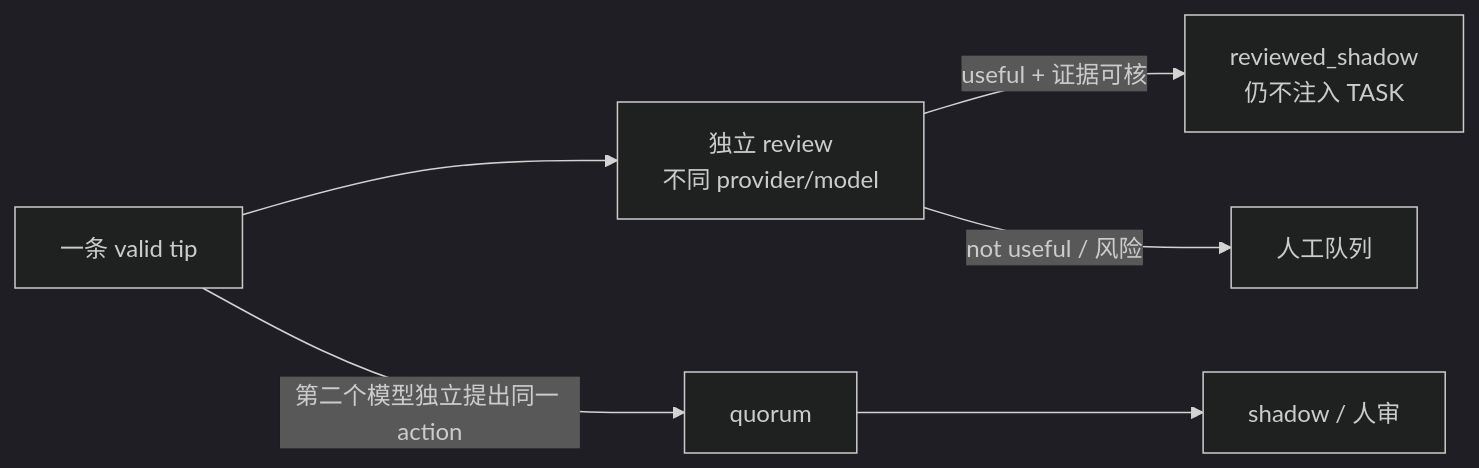
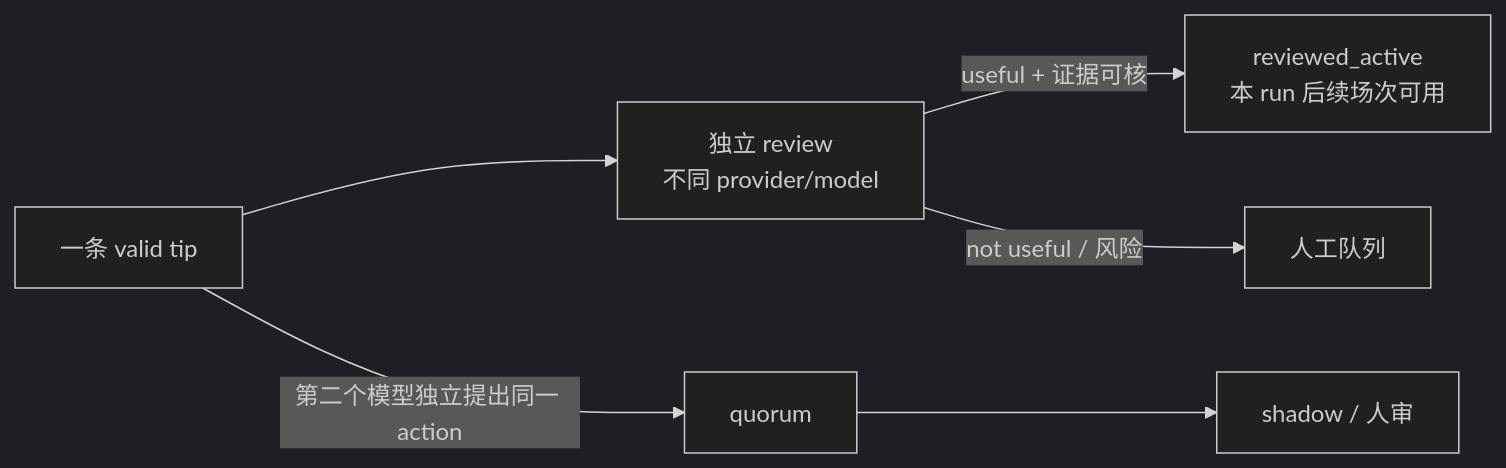
The sixth of 7 diagrams in docs/架构/可信harness.md (kuafuwang/ShapeForge), drawn with Mermaid (dark theme) before and after one commit. The commit also changed other lines of this file and 17 other files, not shown here.

First line of the commit message:
Separate reviewed and unreviewed harness entries in the dashboard and let a reviewed tip act for this run.

````diff
--- a/docs/架构/可信harness.md
+++ b/docs/架构/可信harness.md
@@ -256,8 +268,8 @@
 ```mermaid
 flowchart LR
   P["一条 valid tip"] --> R["独立 review<br/>不同 provider/model"]
-  R -->|"useful + 证据可核"| S["reviewed_shadow<br/>仍不注入 TASK"]
+  R -->|"useful + 证据可核"| S["reviewed_active<br/>本 run 后续场次可用"]
   R -->|"not useful / 风险"| H["人工队列"]
   P -->|"第二个模型独立提出同一 action"| Q["quorum"]
   Q --> S2["shadow / 人审"]
 ```
````
